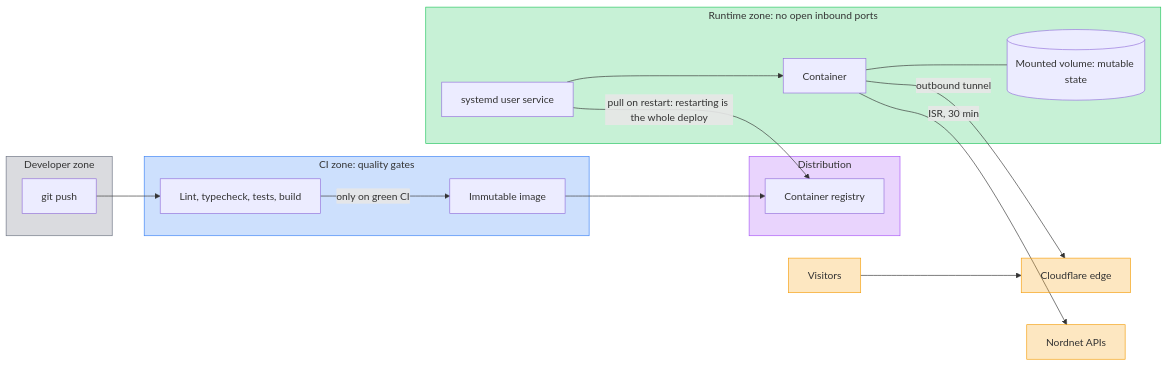
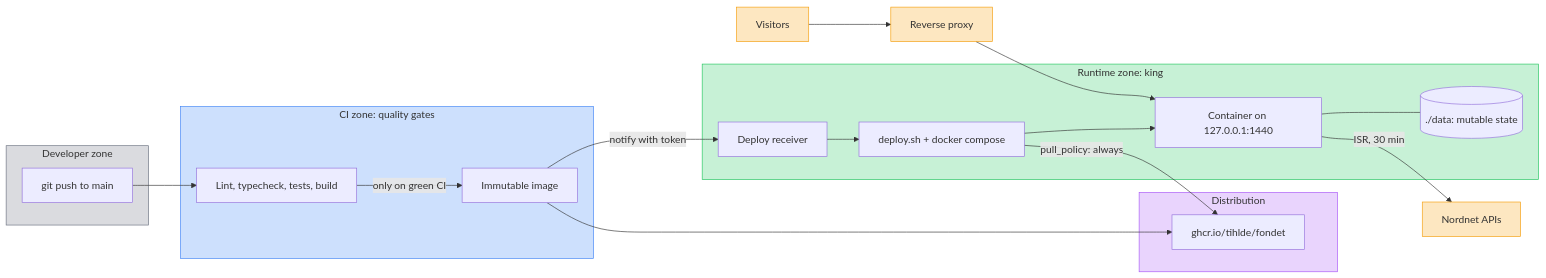
One commit to TIHLDE/Fondet changed the fifth of 6 diagrams in README.md. Above: the diagram before and after it, drawn with Mermaid. The commit also changed other lines of this file and 4 other files, not shown here.

````diff
--- a/README.md
+++ b/README.md
@@ -263,35 +262,36 @@
 ```mermaid
 flowchart LR
     subgraph S1 [Developer zone]
-        DEV[git push]
+        DEV[git push to main]
     end
     subgraph S2 [CI zone: quality gates]
         GATE[Lint, typecheck, tests, build]
         IMG[Immutable image]
     end
     subgraph S3 [Distribution]
-        REG[Container registry]
+        REG[ghcr.io/tihlde/fondet]
     end
-    subgraph S4 [Runtime zone: no open inbound ports]
-        SVC[systemd user service]
-        CT[Container]
-        VOL[(Mounted volume: mutable state)]
+    subgraph S4 [Runtime zone: king]
+        RCV[Deploy receiver]
+        SH[deploy.sh + docker compose]
+        CT[Container on 127.0.0.1:1440]
+        VOL[(./data: mutable state)]
     end
     DEV --> GATE
     GATE -->|only on green CI| IMG --> REG
-    SVC -->|pull on restart: restarting is the whole deploy| REG
-    SVC --> CT --- VOL
-    CT -->|outbound tunnel| CF[Cloudflare edge]
-    B[Visitors] --> CF
+    IMG -->|notify with token| RCV --> SH
+    SH -->|pull_policy: always| REG
+    SH --> CT --- VOL
+    B[Visitors] --> PX[Reverse proxy] --> CT
     CT -->|ISR, 30 min| NN[Nordnet APIs]
     classDef devzone fill:#6b728040,stroke:#6b7280
     classDef cizone fill:#3b82f640,stroke:#3b82f6
     classDef dist fill:#a855f740,stroke:#a855f7
     classDef runtime fill:#22c55e40,stroke:#22c55e
     classDef ext fill:#f59e0b40,stroke:#f59e0b
     class S1 devzone
     class S2 cizone
     class S3 dist
     class S4 runtime
-    class CF,B,NN ext
+    class PX,B,NN ext
 ```
````
